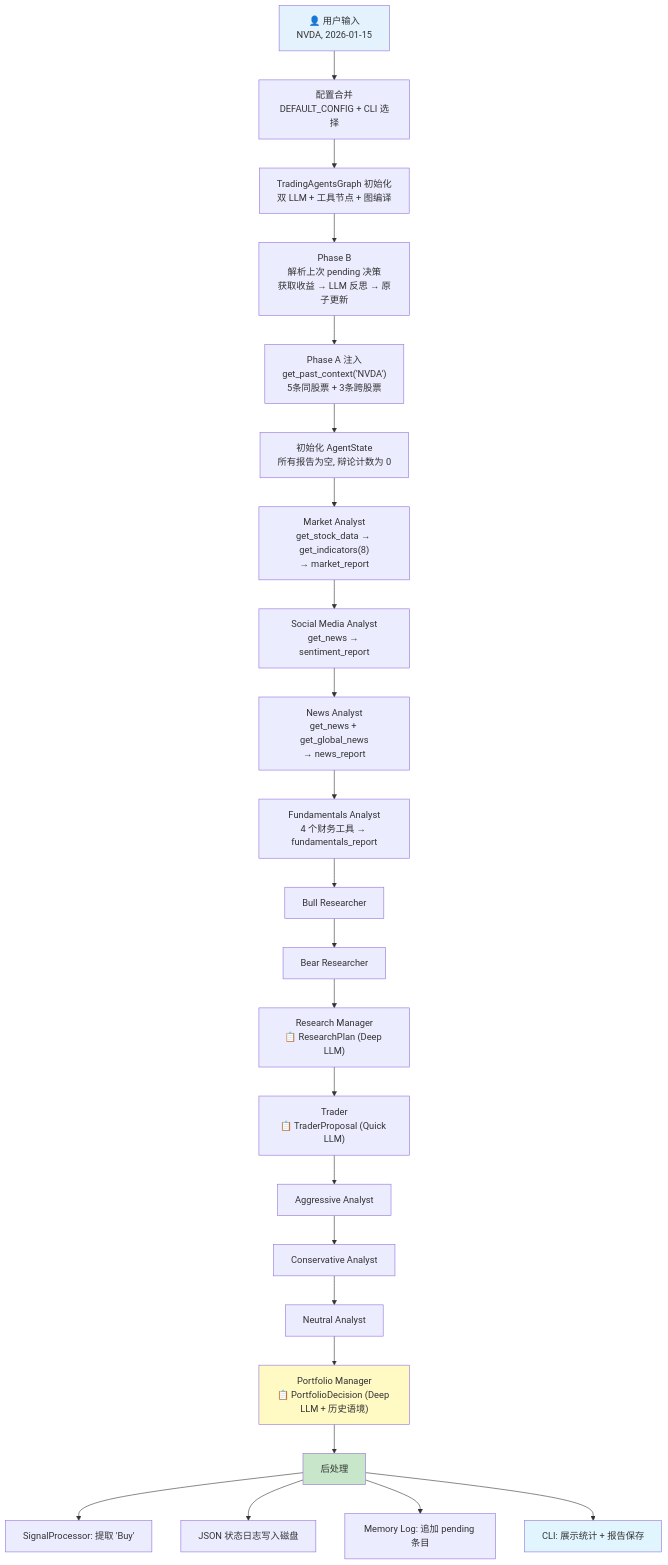
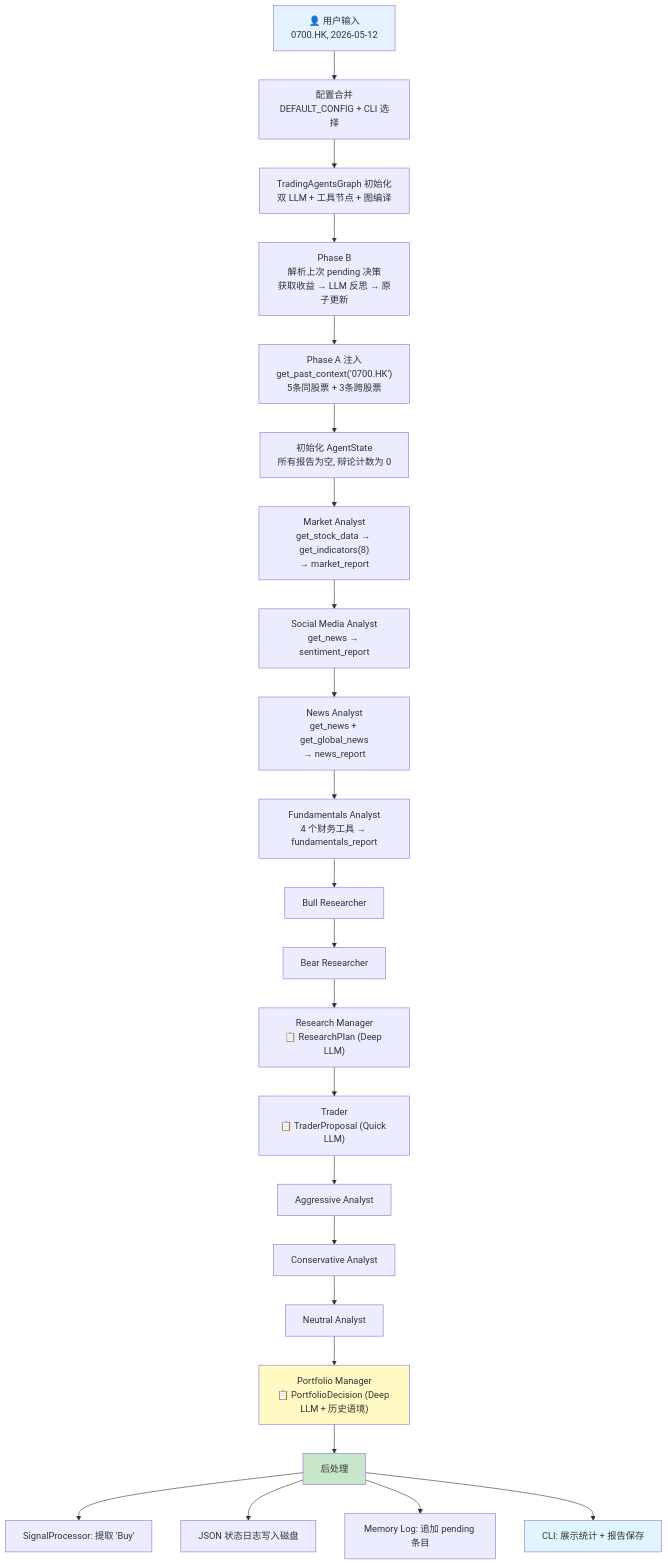
One commit to kindywu/TradingAgents changed diagram 12 of 12 in docs/端到端案例文档.md. Above: the diagram before and after it, drawn with Mermaid. The commit also changed other lines of this file and 27 other files, not shown here.

````diff
--- a/docs/端到端案例文档.md
+++ b/docs/端到端案例文档.md
@@ -954,38 +918,38 @@
 ```mermaid
 graph TD
-    U["👤 用户输入<br/>NVDA, 2026-01-15"] --> CFG["配置合并<br/>DEFAULT_CONFIG + CLI 选择"]
+    U["👤 用户输入<br/>0700.HK, 2026-05-12"] --> CFG["配置合并<br/>DEFAULT_CONFIG + CLI 选择"]
     CFG --> INIT["TradingAgentsGraph 初始化<br/>双 LLM + 工具节点 + 图编译"]
 
     INIT --> PHASE_B["Phase B<br/>解析上次 pending 决策<br/>获取收益 → LLM 反思 → 原子更新"]
 
-    PHASE_B --> PHASE_A_INJ["Phase A 注入<br/>get_past_context('NVDA')<br/>5条同股票 + 3条跨股票"]
+    PHASE_B --> PHASE_A_INJ["Phase A 注入<br/>get_past_context('0700.HK')<br/>5条同股票 + 3条跨股票"]
 
     PHASE_A_INJ --> STATE["初始化 AgentState<br/>所有报告为空, 辩论计数为 0"]
 
     STATE --> M1["Market Analyst<br/>get_stock_data → get_indicators(8)<br/>→ market_report"]
     M1 --> M2["Social Media Analyst<br/>get_news → sentiment_report"]
     M2 --> M3["News Analyst<br/>get_news + get_global_news<br/>→ news_report"]
     M3 --> M4["Fundamentals Analyst<br/>4 个财务工具 → fundamentals_report"]
 
     M4 --> D1["Bull Researcher"]
     D1 --> D2["Bear Researcher"]
     D2 --> RM["Research Manager<br/>📋 ResearchPlan (Deep LLM)"]
 
     RM --> TR["Trader<br/>📋 TraderProposal (Quick LLM)"]
 
     TR --> R1["Aggressive Analyst"]
     R1 --> R2["Conservative Analyst"]
     R2 --> R3["Neutral Analyst"]
     R3 --> PM["Portfolio Manager<br/>📋 PortfolioDecision (Deep LLM + 历史语境)"]
 
     PM --> POST["后处理"]
     POST --> SIG["SignalProcessor: 提取 'Buy'"]
     POST --> LOG["JSON 状态日志写入磁盘"]
     POST --> MEM["Memory Log: 追加 pending 条目"]
     POST --> DISPLAY["CLI: 展示统计 + 报告保存"]
 
     style U fill:#e3f2fd
     style PM fill:#fff9c4
     style POST fill:#c8e6c9
     style DISPLAY fill:#e1f5fe
 ```
````
